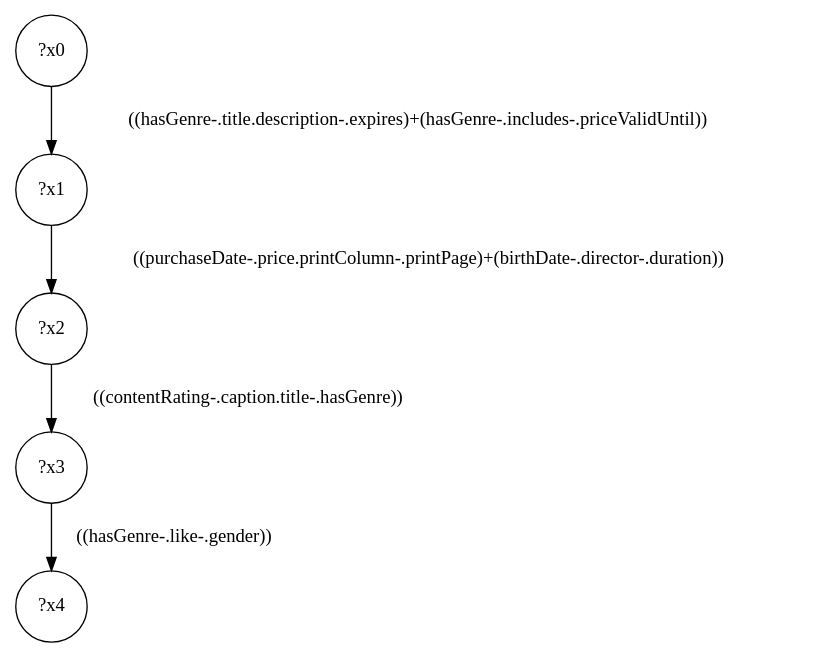
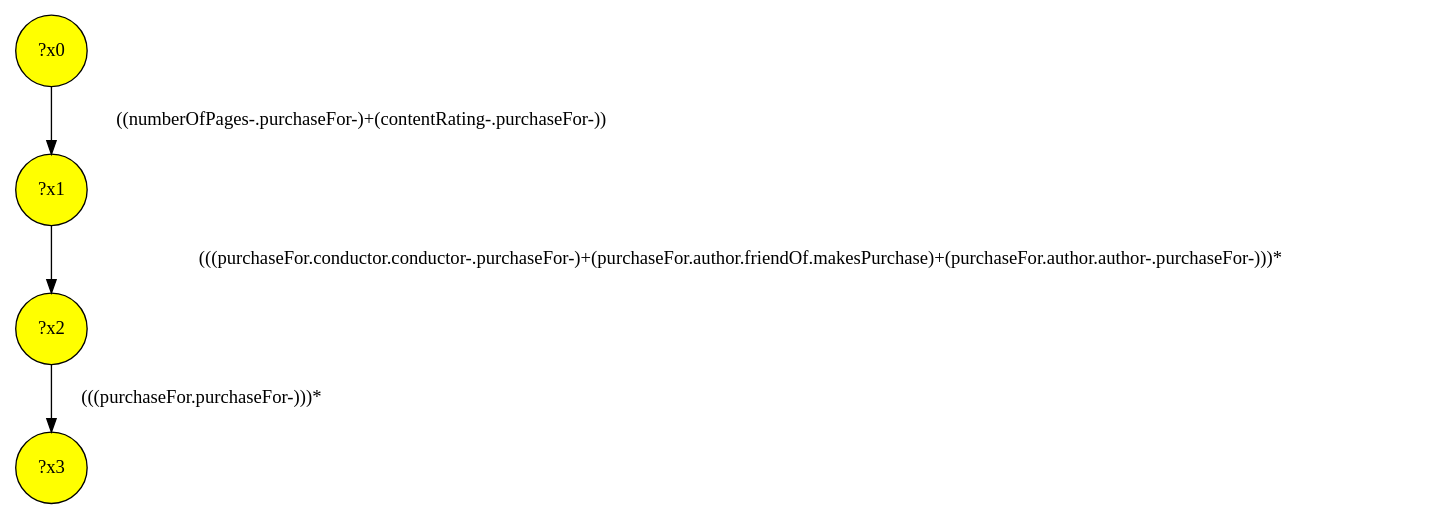
The diagram in demo/shop-a/shop-a-interface/query-39.dot (gbagan/gmark), drawn with Graphviz before and after one commit. The commit also changed 708 other files, not shown here.

```diff
--- a/demo/shop-a/shop-a-interface/query-39.dot
+++ b/demo/shop-a/shop-a-interface/query-39.dot
@@ -1,11 +1,9 @@
 digraph g {
-	x0 [shape=circle, label="?x0"];
-	x1 [shape=circle, label="?x1"];
-	x0 -> x1 [label="((hasGenre-.title.description-.expires)+(hasGenre-.includes-.priceValidUntil))"];
-	x2 [shape=circle, label="?x2"];
-	x1 -> x2 [label="((purchaseDate-.price.printColumn-.printPage)+(birthDate-.director-.duration))"];
-	x3 [shape=circle, label="?x3"];
-	x2 -> x3 [label="((contentRating-.caption.title-.hasGenre))"];
-	x4 [shape=circle, label="?x4"];
-	x3 -> x4 [label="((hasGenre-.like-.gender))"];
+	x1 [fillcolor="yellow", style="filled," shape=circle, label="?x1"];
+	x0 [fillcolor="yellow", style="filled," shape=circle, label="?x0"];
+	x2 [fillcolor="yellow", style="filled," shape=circle, label="?x2"];
+	x3 [fillcolor="yellow", style="filled," shape=circle, label="?x3"];
+	x0 -> x1 [label="((numberOfPages-.purchaseFor-)+(contentRating-.purchaseFor-))"];
+	x1 -> x2 [label="(((purchaseFor.conductor.conductor-.purchaseFor-)+(purchaseFor.author.friendOf.makesPurchase)+(purchaseFor.author.author-.purchaseFor-)))*"];
+	x2 -> x3 [label="(((purchaseFor.purchaseFor-)))*"];
 }
```
